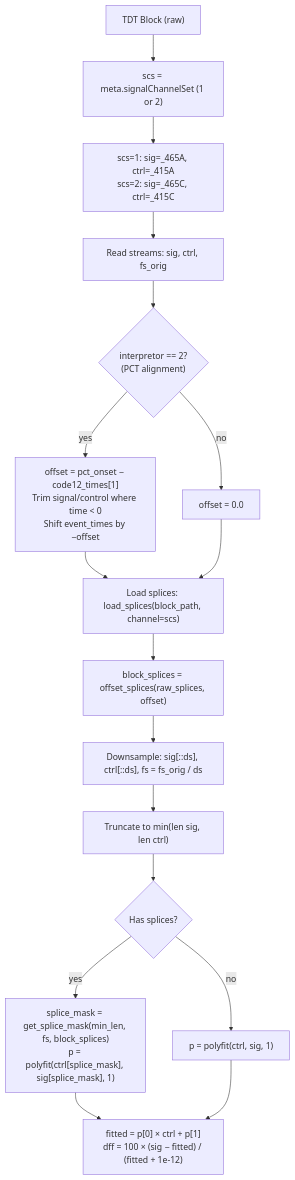
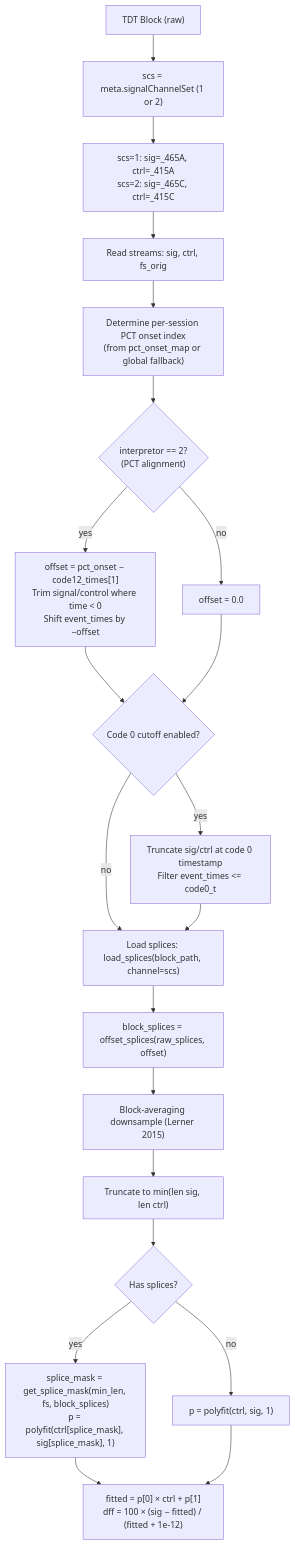
Before and after one commit to ParekhLabUTD/fiberGrapher: the eighth of 14 diagrams in data_processing audit.md, drawn with Mermaid. The commit also changed other lines of this file and 4 other files, not shown here.

Commit message:
udpated downsampling method to make consistent across tabs, added ability to cut off signal and contrl at code 0, added abitlity to pick epoch cutoff per session for tab 4, Added ability to extract individual npy for df/f and zscored df/f

````diff
--- a/data_processing audit.md
+++ b/data_processing audit.md
@@ -159,19 +192,23 @@
 ```mermaid
 graph TD
     A["TDT Block (raw)"] --> B["scs = meta.signalChannelSet (1 or 2)"]
     B --> C["scs=1: sig=_465A, ctrl=_415A<br/>scs=2: sig=_465C, ctrl=_415C"]
     C --> D["Read streams: sig, ctrl, fs_orig"]
-    D --> E{"interpretor == 2?<br/>(PCT alignment)"}
+    D --> D2["Determine per-session PCT onset index<br/>(from pct_onset_map or global fallback)"]
+    D2 --> E{"interpretor == 2?<br/>(PCT alignment)"}
     E -->|yes| F["offset = pct_onset − code12_times[1]<br/>Trim signal/control where time < 0<br/>Shift event_times by −offset"]
     E -->|no| F2["offset = 0.0"]
-    F --> G["Load splices: load_splices(block_path, channel=scs)"]
-    F2 --> G
+    F --> F3{"Code 0 cutoff enabled?"}
+    F2 --> F3
+    F3 -->|yes| F4["Truncate sig/ctrl at code 0 timestamp<br/>Filter event_times <= code0_t"]
+    F3 -->|no| G
+    F4 --> G["Load splices: load_splices(block_path, channel=scs)"]
     G --> H["block_splices = offset_splices(raw_splices, offset)"]
-    H --> I["Downsample: sig[::ds], ctrl[::ds], fs = fs_orig / ds"]
+    H --> I["Block-averaging downsample (Lerner 2015)"]
     I --> J["Truncate to min(len sig, len ctrl)"]
     J --> K{"Has splices?"}
     K -->|yes| L["splice_mask = get_splice_mask(min_len, fs, block_splices)<br/>p = polyfit(ctrl[splice_mask], sig[splice_mask], 1)"]
     K -->|no| M["p = polyfit(ctrl, sig, 1)"]
     L --> N["fitted = p[0] × ctrl + p[1]<br/>dff = 100 × (sig − fitted) / (fitted + 1e-12)"]
     M --> N
 ```
````
